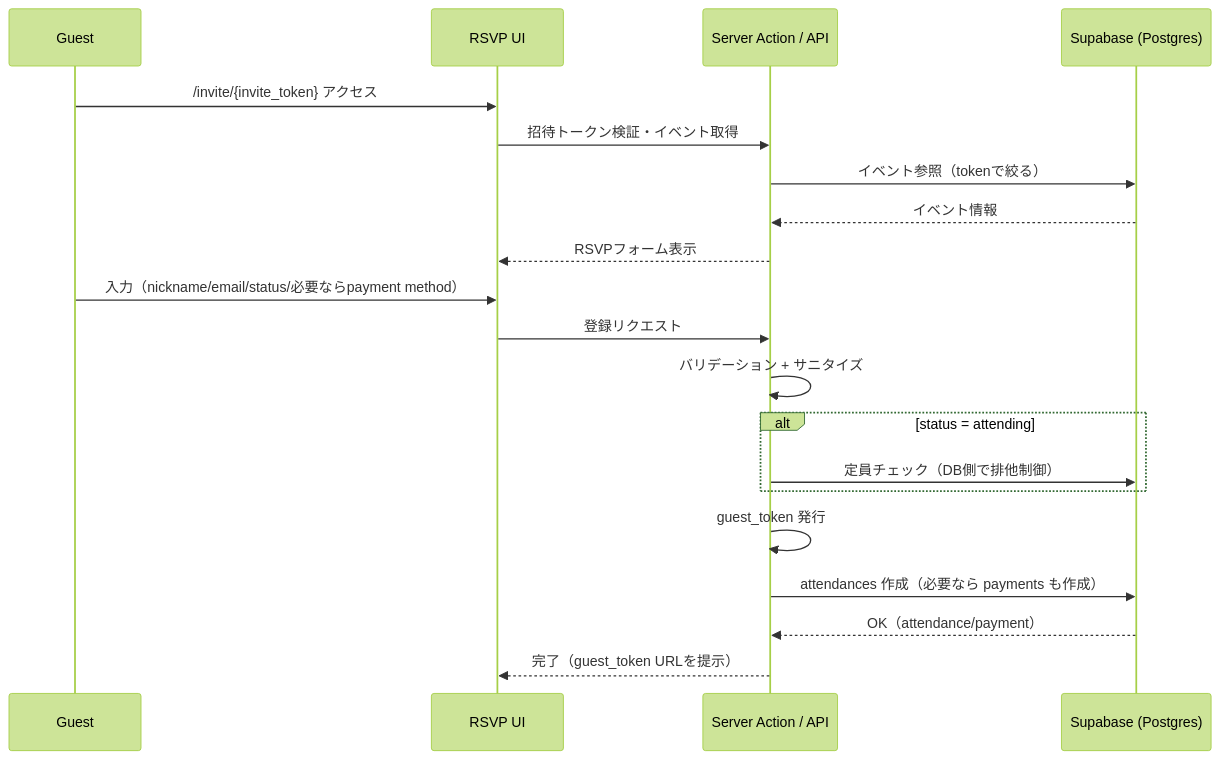
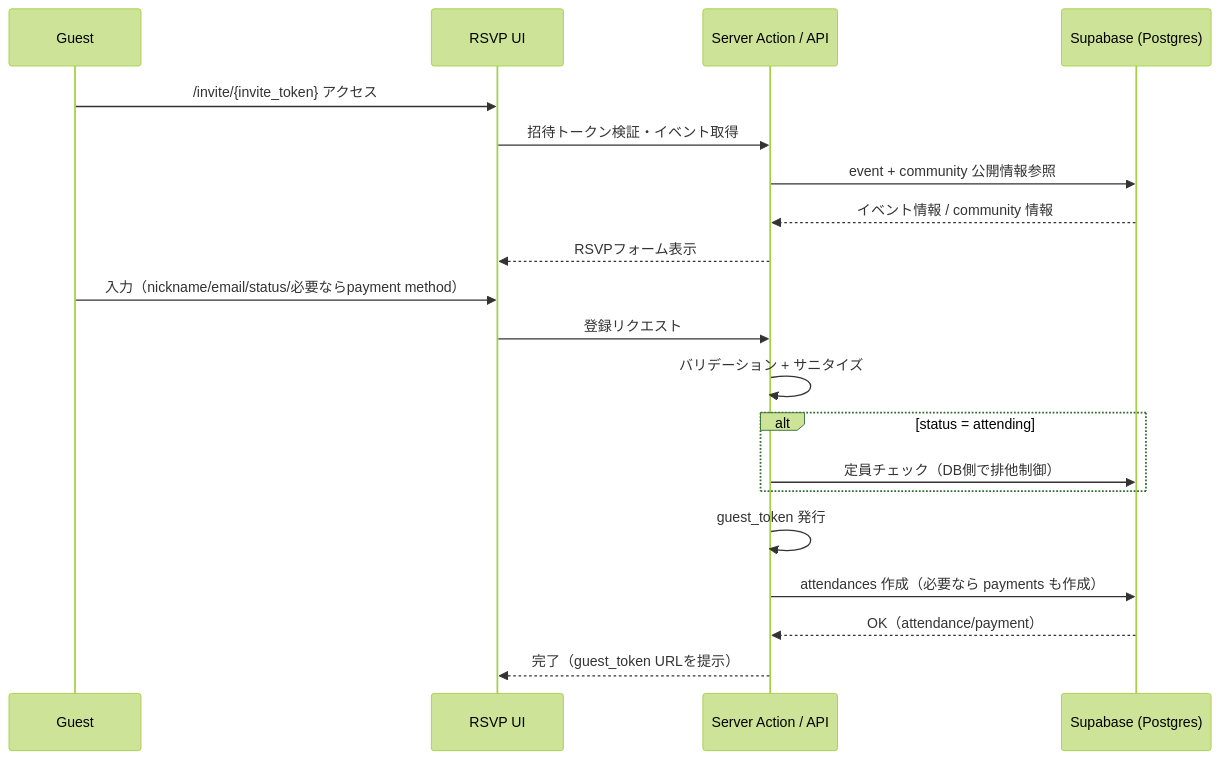
The diagram in docs/flows/guest-rsvp.md (rytkhs/event-pay), drawn with Mermaid (forest theme) before and after one commit. The commit also changed other lines of this file and 7 other files, not shown here.

````diff
--- a/docs/flows/guest-rsvp.md
+++ b/docs/flows/guest-rsvp.md
@@ -29,24 +31,24 @@
 ```mermaid
 sequenceDiagram
   participant G as Guest
   participant UI as RSVP UI
   participant App as Server Action / API
   participant DB as Supabase (Postgres)
 
   G->>UI: /invite/{invite_token} アクセス
   UI->>App: 招待トークン検証・イベント取得
-  App->>DB: イベント参照（tokenで絞る）
-  DB-->>App: イベント情報
+  App->>DB: event + community 公開情報参照
+  DB-->>App: イベント情報 / community 情報
   App-->>UI: RSVPフォーム表示
 
   G->>UI: 入力（nickname/email/status/必要ならpayment method）
   UI->>App: 登録リクエスト
   App->>App: バリデーション + サニタイズ
   alt status = attending
     App->>DB: 定員チェック（DB側で排他制御）
   end
   App->>App: guest_token 発行
   App->>DB: attendances 作成（必要なら payments も作成）
   DB-->>App: OK（attendance/payment）
   App-->>UI: 完了（guest_token URLを提示）
 ```
````
